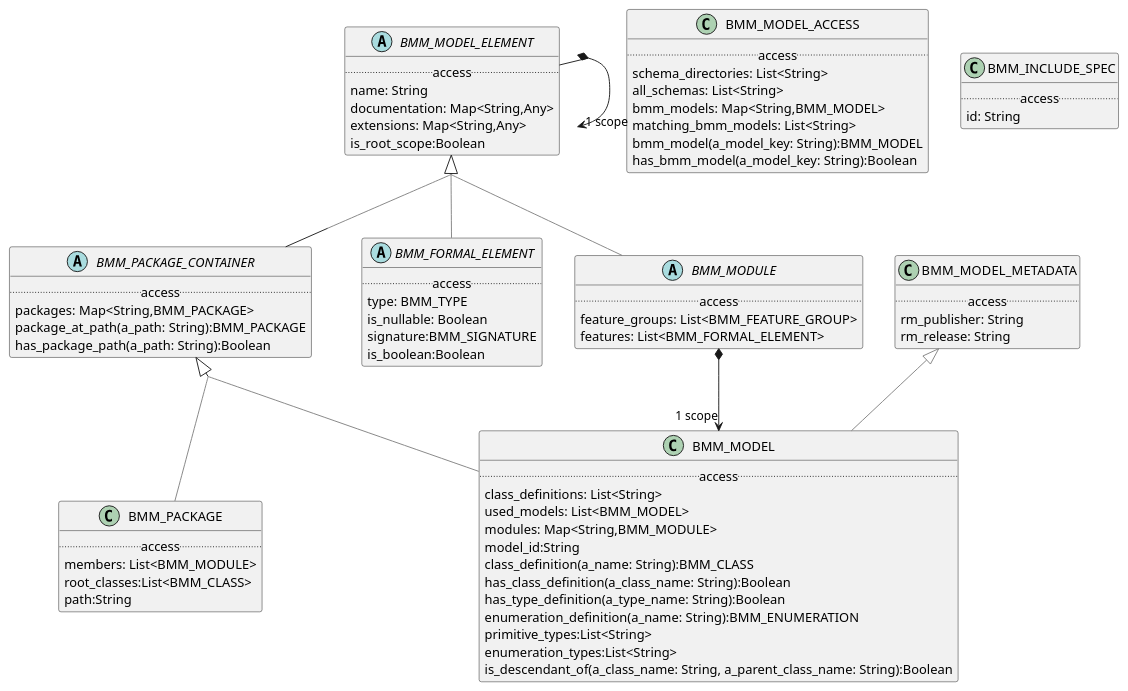
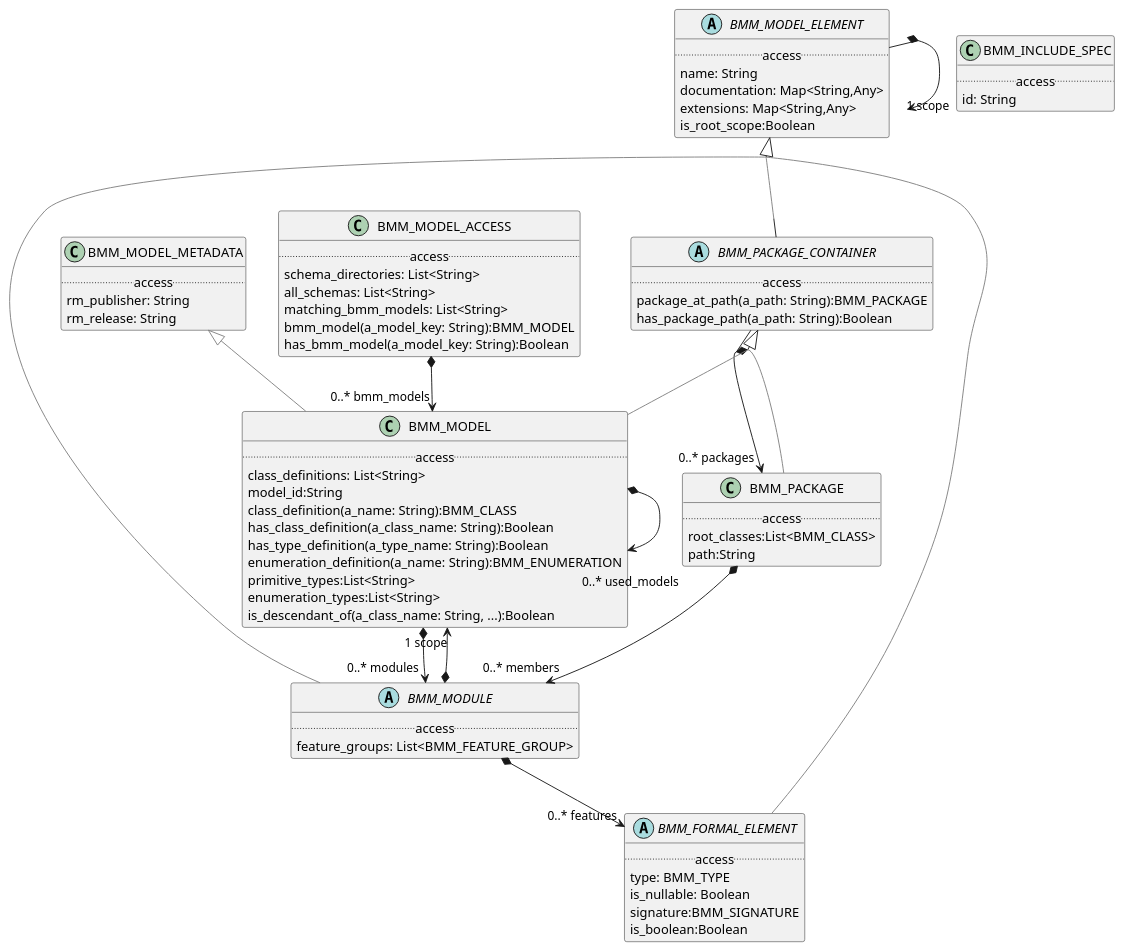
One commit to wolandscat/openehr-doc changed the diagram in modules/ROOT/examples/bmm/languages/bmm/bmm_model/model/model-package-uml.adoc. Above: the diagram before and after it, drawn with PlantUML. The commit also changed 26 other files, not shown here.

```diff
--- a/modules/ROOT/examples/bmm/languages/bmm/bmm_model/model/model-package-uml.adoc
+++ b/modules/ROOT/examples/bmm/languages/bmm/bmm_model/model/model-package-uml.adoc
@@ -10,12 +10,13 @@
         .. access ..
         schema_directories: List<String>
         all_schemas: List<String>
-        bmm_models: Map<String,BMM_MODEL>
         matching_bmm_models: List<String>
         bmm_model(a_model_key: String):BMM_MODEL
         has_bmm_model(a_model_key: String):Boolean
 }
 
+
+BMM_MODEL_ACCESS *--> "0..* bmm_models" BMM_MODEL
 
 abstract class BMM_FORMAL_ELEMENT [[/openehr-doc/latest/languages/bmm-gen.html#_class_bmm_formal_element]] {
         .. access ..
@@ -41,13 +42,14 @@
 
 abstract class BMM_PACKAGE_CONTAINER [[/openehr-doc/latest/languages/bmm-gen.html#_class_bmm_package_container]] {
         .. access ..
-        packages: Map<String,BMM_PACKAGE>
         package_at_path(a_path: String):BMM_PACKAGE
         has_package_path(a_path: String):Boolean
 }
 
 BMM_PACKAGE_CONTAINER -[#gray]up-|> BMM_MODEL_ELEMENT  
 
+
+BMM_PACKAGE_CONTAINER *--> "0..* packages" BMM_PACKAGE
 
 class BMM_INCLUDE_SPEC [[/openehr-doc/latest/languages/bmm-gen.html#_class_bmm_include_spec]] {
         .. access ..
@@ -58,8 +60,6 @@
 class BMM_MODEL [[/openehr-doc/latest/languages/bmm-gen.html#_class_bmm_model]] {
         .. access ..
         class_definitions: List<String>
-        used_models: List<BMM_MODEL>
-        modules: Map<String,BMM_MODULE>
         model_id:String
         class_definition(a_name: String):BMM_CLASS
         has_class_definition(a_class_name: String):Boolean
@@ -67,7 +67,7 @@
         enumeration_definition(a_name: String):BMM_ENUMERATION
         primitive_types:List<String>
         enumeration_types:List<String>
-        is_descendant_of(a_class_name: String, a_parent_class_name: String):Boolean
+        is_descendant_of(a_class_name: String, ...):Boolean
 }
 
 BMM_MODEL -[#gray]up-|> BMM_PACKAGE_CONTAINER  
@@ -76,9 +76,12 @@
 BMM_MODEL -[#gray]up-|> BMM_MODEL_METADATA  
 
 
+BMM_MODEL *--> "0..* used_models" BMM_MODEL
+
+BMM_MODEL *--> "0..* modules" BMM_MODULE
+
 class BMM_PACKAGE [[/openehr-doc/latest/languages/bmm-gen.html#_class_bmm_package]] {
         .. access ..
-        members: List<BMM_MODULE>
         root_classes:List<BMM_CLASS>
         path:String
 }
@@ -86,16 +89,19 @@
 BMM_PACKAGE -[#gray]up-|> BMM_PACKAGE_CONTAINER  
 
 
+BMM_PACKAGE *--> "0..* members" BMM_MODULE
+
 abstract class BMM_MODULE [[/openehr-doc/latest/languages/bmm-gen.html#_class_bmm_module]] {
         .. access ..
         feature_groups: List<BMM_FEATURE_GROUP>
-        features: List<BMM_FORMAL_ELEMENT>
 }
 
 BMM_MODULE -[#gray]up-|> BMM_MODEL_ELEMENT  
 
 
 BMM_MODULE *--> "1 scope" BMM_MODEL
+
+BMM_MODULE *--> "0..* features" BMM_FORMAL_ELEMENT
 
 class BMM_MODEL_METADATA [[/openehr-doc/latest/languages/bmm-gen.html#_class_bmm_model_metadata]] {
         .. access ..
```
